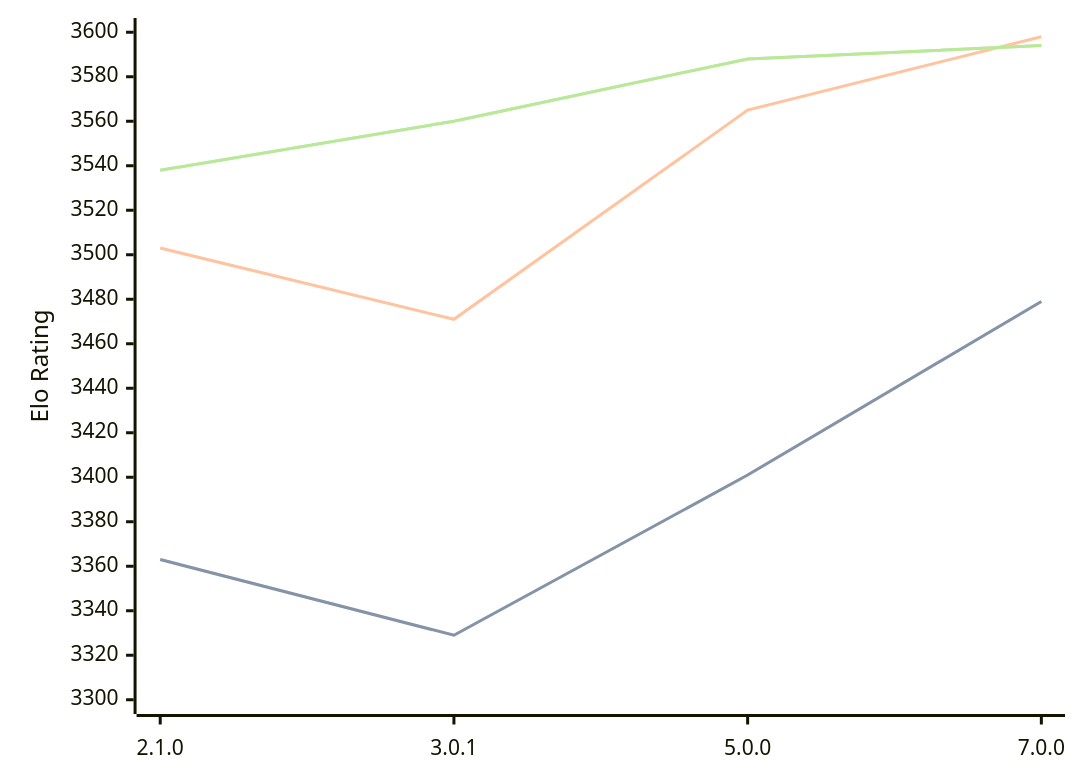
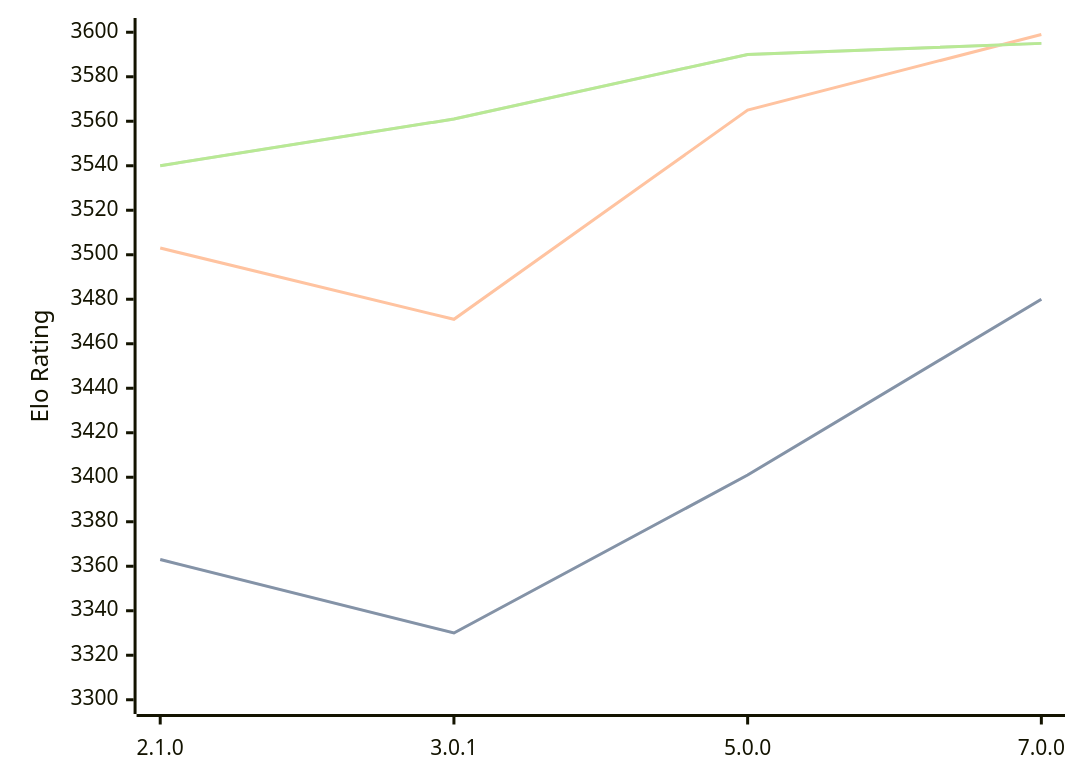
Before and after one commit to computer-chess-index/cci: the diagram in engines/PlentyChess.md, drawn with Mermaid. The commit also changed other lines of this file, not shown here.

Commit message:
Update CCI Ratings (ELO VLTC) - 2026-04-24

````diff
--- a/engines/PlentyChess.md
+++ b/engines/PlentyChess.md
@@ -45,11 +45,11 @@
 ```mermaid
 %%{init: {"theme":"base","themeVariables":{"seriesColors:['#a3a3a3','#222221','#faa371']}}}%%
 xychart-beta
   x-axis ["2.1.0", "3.0.1", "5.0.0", "7.0.0"]
   y-axis "Elo Rating" 3300 --> 3600
-  line "STC (8.0+0.08s)" [3363, 3329, 3401, 3479]
-  line "STC (8.0+0.08s)" [3363, 3329, 3401, 3479]
-  line "LTC (60.0+0.60s)" [3503, 3471, 3565, 3598]
-  line "VLTC (2m24s+1.12s)" [3538, 3560, 3588, 3594]
-  line "VLTC (2m24s+1.12s)" [3538, 3560, 3588, 3594]
+  line "STC (8.0+0.08s)" [3363, 3330, 3401, 3480]
+  line "STC (8.0+0.08s)" [3363, 3330, 3401, 3480]
+  line "LTC (60.0+0.60s)" [3503, 3471, 3565, 3599]
+  line "VLTC (2m24s+1.12s)" [3540, 3561, 3590, 3595]
+  line "VLTC (2m24s+1.12s)" [3540, 3561, 3590, 3595]
 ```
````
